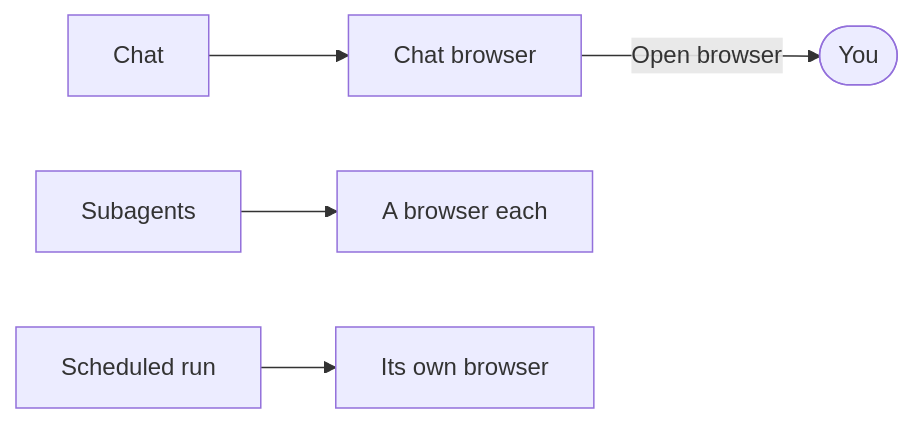
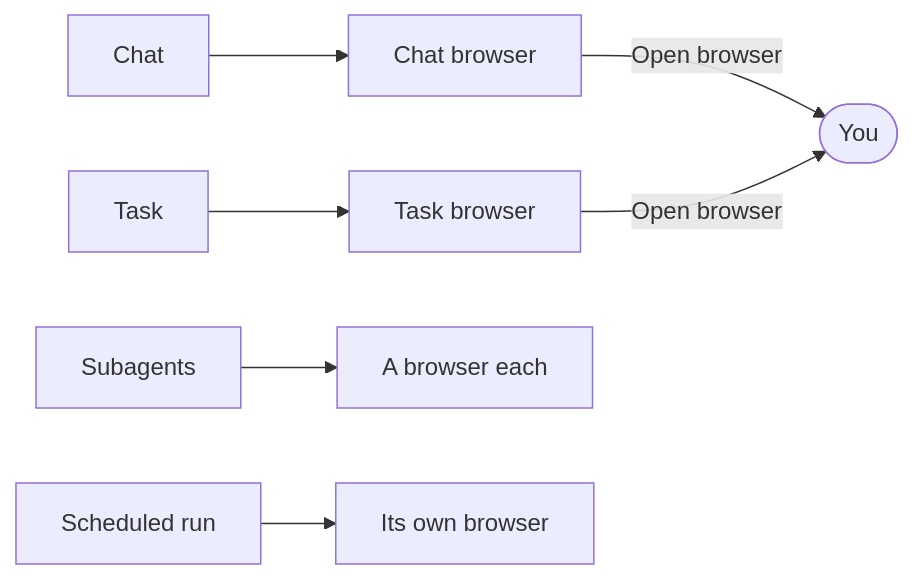
Before and after one commit to n8n-io/nod: the diagram in docs/src/content/docs/use/browser.mdx, drawn with Mermaid. The commit also changed other lines of this file and 14 other files, not shown here.

First line of the commit message:
feat(tasks): WP-21 hand a task's browser to the owner

````diff
--- a/docs/src/content/docs/use/browser.mdx
+++ b/docs/src/content/docs/use/browser.mdx
@@ -53,7 +53,9 @@
 ```mermaid
 flowchart LR
   chat[Chat]:::accent --> b1[Chat browser]
+  task[Task] --> b4[Task browser]
   sub[Subagents] --> b2[A browser each]
   run[Scheduled run] --> b3[Its own browser]
   b1 -- Open browser --> you([You]):::accent
+  b4 -- Open browser --> you
 ```
````
